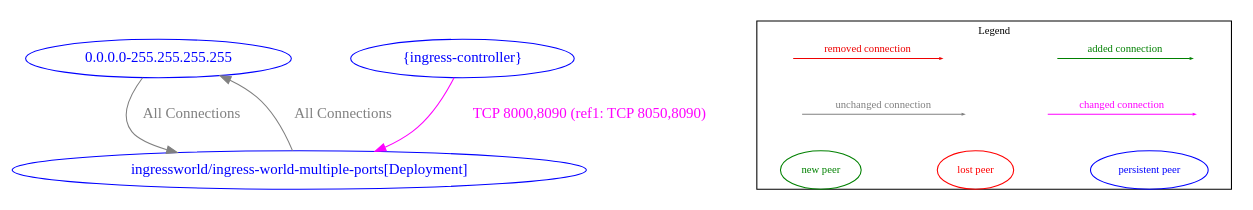
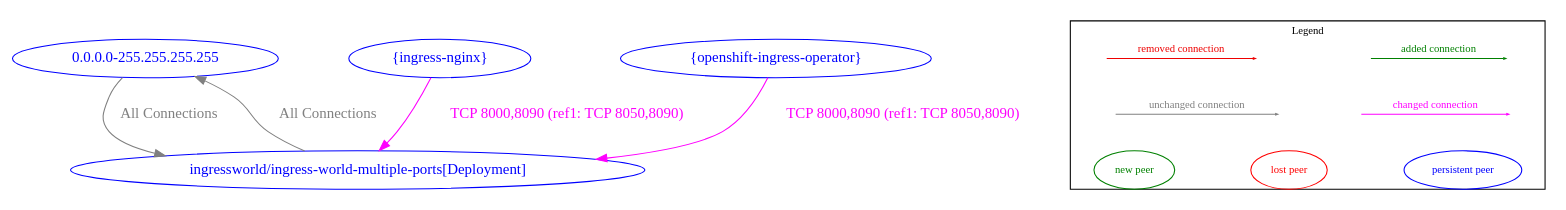
One commit to np-guard/netpol-analyzer changed the diagram in test_outputs/diff/diff_between_multiple_ingress_objects_with_different_ports_new_and_multiple_ingress_objects_with_different_ports.dot. Above: the diagram before and after it, drawn with Graphviz. The commit also changed 79 other files, not shown here.

```diff
--- a/test_outputs/diff/diff_between_multiple_ingress_objects_with_different_ports_new_and_multiple_ingress_objects_with_different_ports.dot
+++ b/test_outputs/diff/diff_between_multiple_ingress_objects_with_different_ports_new_and_multiple_ingress_objects_with_different_ports.dot
@@ -1,34 +1,36 @@
 digraph {
 	"0.0.0.0-255.255.255.255" [label="0.0.0.0-255.255.255.255" color="blue" fontcolor="blue"]
 	"ingressworld/ingress-world-multiple-ports[Deployment]" [label="ingressworld/ingress-world-multiple-ports[Deployment]" color="blue" fontcolor="blue"]
-	"{ingress-controller}" [label="{ingress-controller}" color="blue" fontcolor="blue"]
+	"{ingress-nginx}" [label="{ingress-nginx}" color="blue" fontcolor="blue"]
+	"{openshift-ingress-operator}" [label="{openshift-ingress-operator}" color="blue" fontcolor="blue"]
 	"0.0.0.0-255.255.255.255" -> "ingressworld/ingress-world-multiple-ports[Deployment]" [label="All Connections" color="grey" fontcolor="grey"]
 	"ingressworld/ingress-world-multiple-ports[Deployment]" -> "0.0.0.0-255.255.255.255" [label="All Connections" color="grey" fontcolor="grey"]
-	"{ingress-controller}" -> "ingressworld/ingress-world-multiple-ports[Deployment]" [label="TCP 8000,8090 (ref1: TCP 8050,8090)" color="magenta" fontcolor="magenta"]
+	"{ingress-nginx}" -> "ingressworld/ingress-world-multiple-ports[Deployment]" [label="TCP 8000,8090 (ref1: TCP 8050,8090)" color="magenta" fontcolor="magenta"]
+	"{openshift-ingress-operator}" -> "ingressworld/ingress-world-multiple-ports[Deployment]" [label="TCP 8000,8090 (ref1: TCP 8050,8090)" color="magenta" fontcolor="magenta"]
 	nodesep=0.5
 	subgraph cluster_legend {
 		label="Legend"
 		fontsize = 10
 		margin=0
 		a [style=invis height=0 width=0]
 		b [style=invis height=0 width=0]
 		c [style=invis height=0 width=0]
 		d [style=invis height=0 width=0]
 		e [style=invis height=0 width=0]
 		f [style=invis height=0 width=0]
 		g [style=invis height=0 width=0]
 		h [style=invis height=0 width=0]
 		{rank=source a b c d}
 		{rank=same e f g h}
 		a -> b [label="added connection", color="#008000" fontcolor="#008000" fontsize = 10 arrowsize=0.2]
 		c -> d [label="removed connection", color="red2" fontcolor="red2" fontsize = 10 arrowsize=0.2]
 		e -> f [label="changed connection", color="magenta" fontcolor="magenta" fontsize = 10 arrowsize=0.2]
 		g -> h [label="unchanged connection", color="grey" fontcolor="grey" fontsize = 10 arrowsize=0.2]
 		np [label="new peer" color="#008000" fontcolor="#008000" fontsize = 10]
 		lp [label="lost peer" color="red" fontcolor="red" fontsize = 10]
 		pp [label="persistent peer" color="blue" fontcolor="blue" fontsize = 10]
 		{rank=sink np lp pp}
 		np->lp [style=invis]
 		lp->pp [style=invis]
 	}
 }
```
